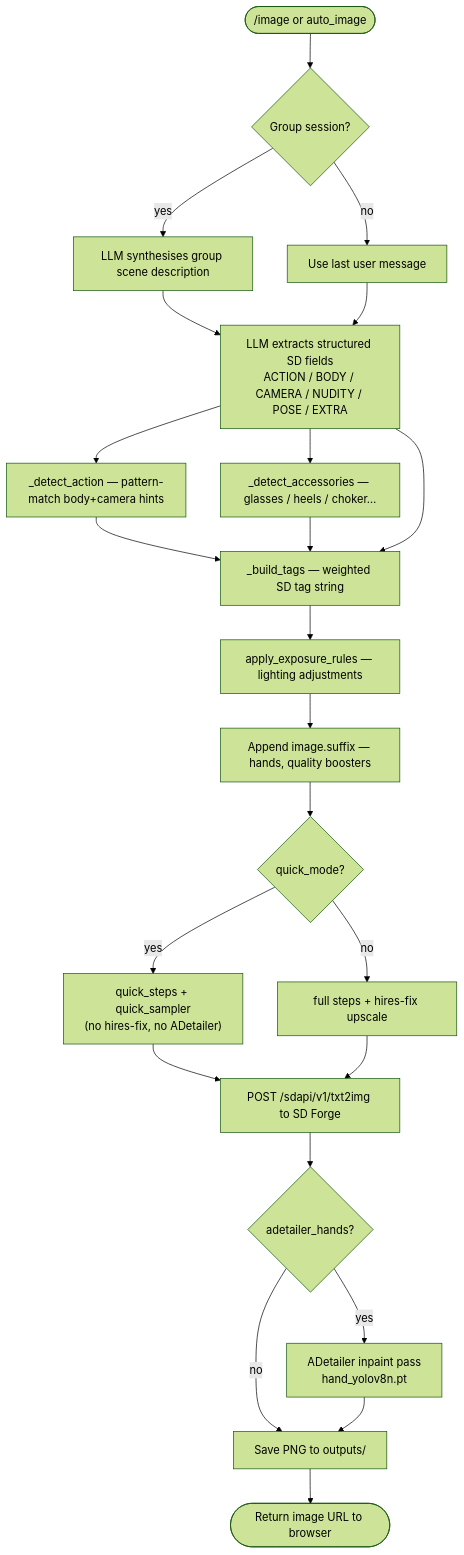
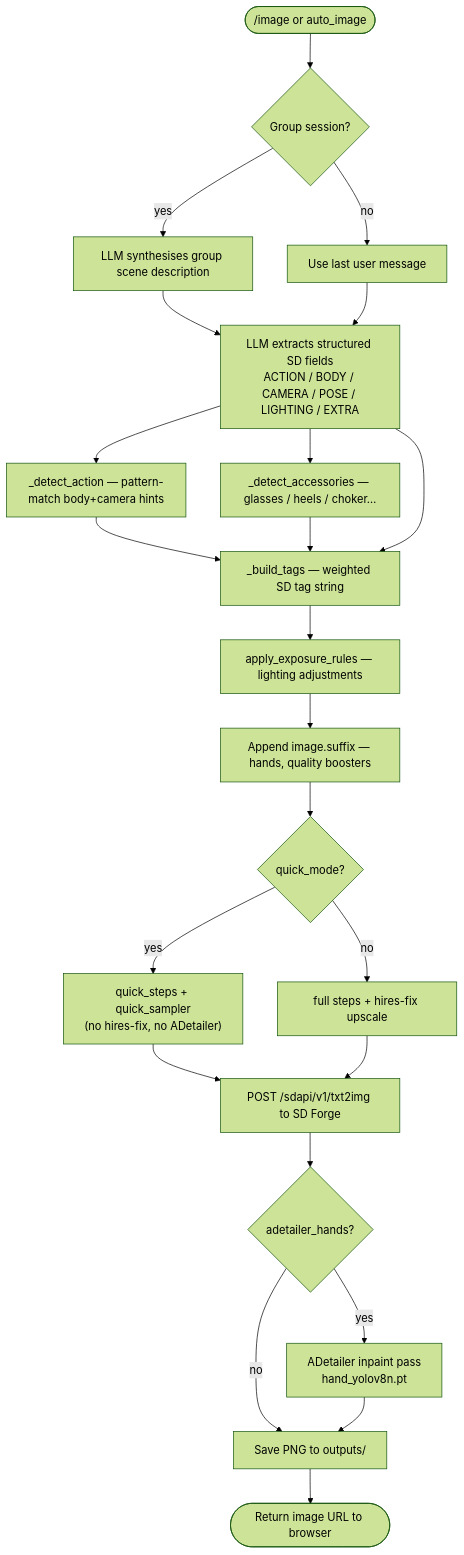
Before and after one commit to cschladetsch/PyLocalEnsemble: the seventh of 8 diagrams in Readme.md, drawn with Mermaid (forest theme). The commit also changed other lines of this file and 10 other files, not shown here.

````diff
--- a/Readme.md
+++ b/Readme.md
@@ -766,31 +765,31 @@
 ```mermaid
 flowchart TD
     Trigger(["/image or auto_image"]) --> Group{Group session?}
     Group -->|yes| Scene[LLM synthesises group scene description]
     Group -->|no| Msg[Use last user message]
     Scene --> Extract
-    Msg --> Extract[LLM extracts structured SD fields\nACTION / BODY / CAMERA / NUDITY / POSE / EXTRA]
+    Msg --> Extract[LLM extracts structured SD fields\nACTION / BODY / CAMERA / POSE / LIGHTING / EXTRA]
 
     Extract --> Pattern[_detect_action — pattern-match body+camera hints]
     Extract --> Acc[_detect_accessories — glasses / heels / choker…]
 
     Pattern --> Build[_build_tags — weighted SD tag string]
     Acc --> Build
     Extract --> Build
 
     Build --> Rules[apply_exposure_rules — lighting adjustments]
     Rules --> Suffix[Append image.suffix — hands, quality boosters]
     Suffix --> Quick{quick_mode?}
 
     Quick -->|yes| QP["quick_steps + quick_sampler\n(no hires-fix, no ADetailer)"]
     Quick -->|no| FP["full steps + hires-fix upscale"]
 
     QP --> Forge["POST /sdapi/v1/txt2img to SD Forge"]
     FP --> Forge
 
     Forge --> AD{adetailer_hands?}
     AD -->|yes| ADetailer["ADetailer inpaint pass\nhand_yolov8n.pt"]
     AD -->|no| Save
     ADetailer --> Save["Save PNG to outputs/"]
     Save --> UI([Return image URL to browser])
 ```
````
